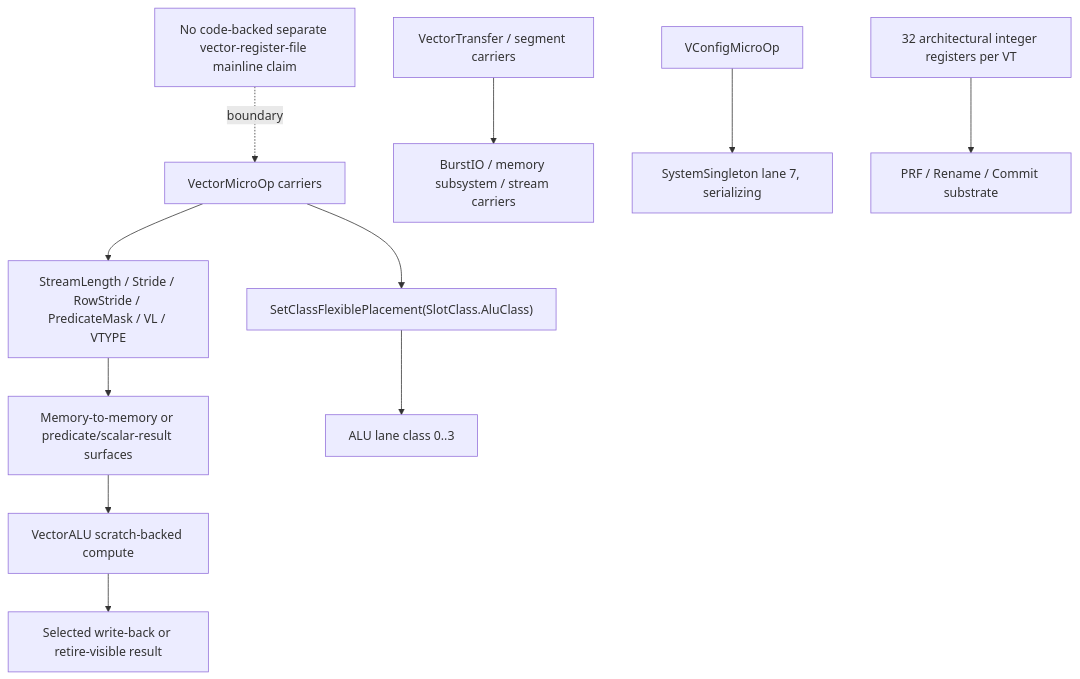
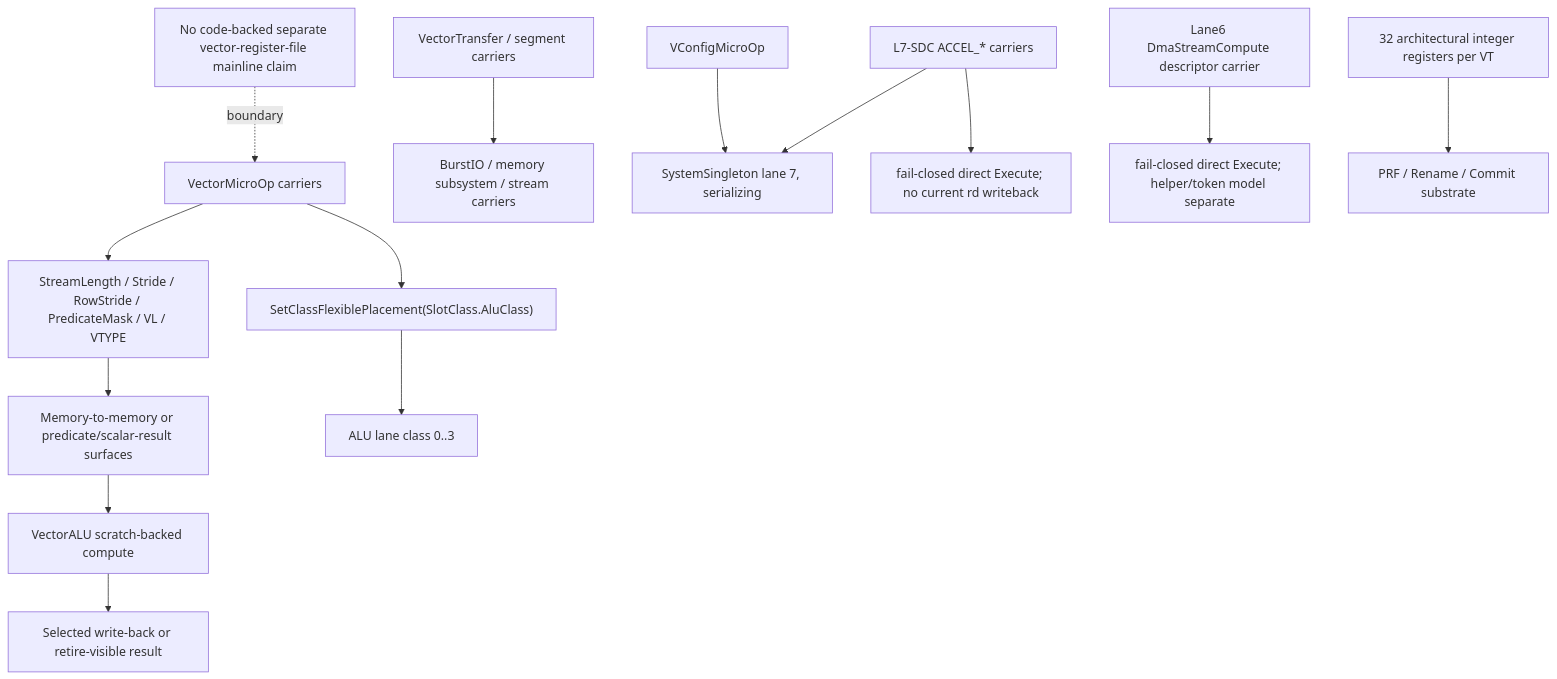
One commit to yuriyyak23/HybridCPU-v2 changed the second of 15 diagrams in README.md. Above: the diagram before and after it, drawn with Mermaid. The commit also changed other lines of this file, not shown here.

First line of the commit message:
Enhance README with updated lane and component details

````diff
--- a/README.md
+++ b/README.md
@@ -218,13 +221,16 @@
 ```mermaid
 flowchart TB
     V["VectorMicroOp carriers"] --> POLICY["StreamLength / Stride / RowStride / PredicateMask / VL / VTYPE"]
     POLICY --> MEM["Memory-to-memory or predicate/scalar-result surfaces"]
     MEM --> VALU["VectorALU scratch-backed compute"]
     VALU --> PUB["Selected write-back or retire-visible result"]
     V --> PLACE["SetClassFlexiblePlacement(SlotClass.AluClass)"]
     PLACE --> LANES["ALU lane class 0..3"]
     TRANS["VectorTransfer / segment carriers"] --> STREAM["BurstIO / memory subsystem / stream carriers"]
     CFG["VConfigMicroOp"] --> SYS["SystemSingleton lane 7, serializing"]
+    L7SDC["L7-SDC ACCEL_* carriers"] --> SYS
+    L7SDC --> L7CLOSED["fail-closed direct Execute; no current rd writeback"]
+    DSC["Lane6 DmaStreamCompute descriptor carrier"] --> DCLS["fail-closed direct Execute; helper/token model separate"]
     GPR["32 architectural integer registers per VT"] --> BACK["PRF / Rename / Commit substrate"]
     NOVRF["No code-backed separate vector-register-file mainline claim"] -. boundary .-> V
 ```
````
